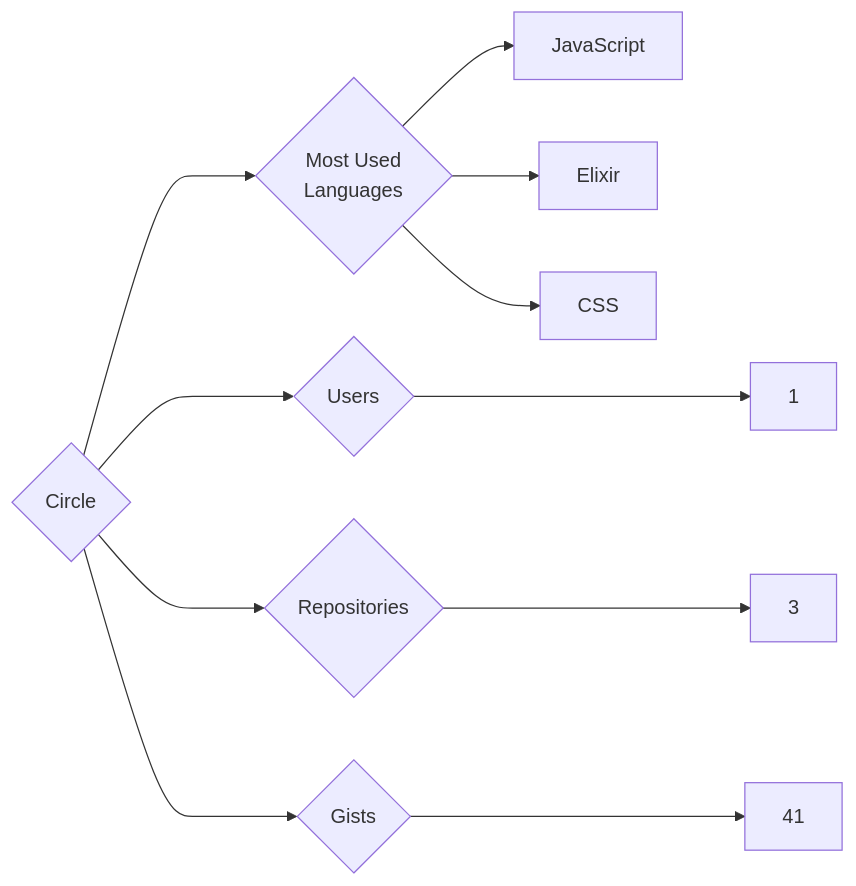
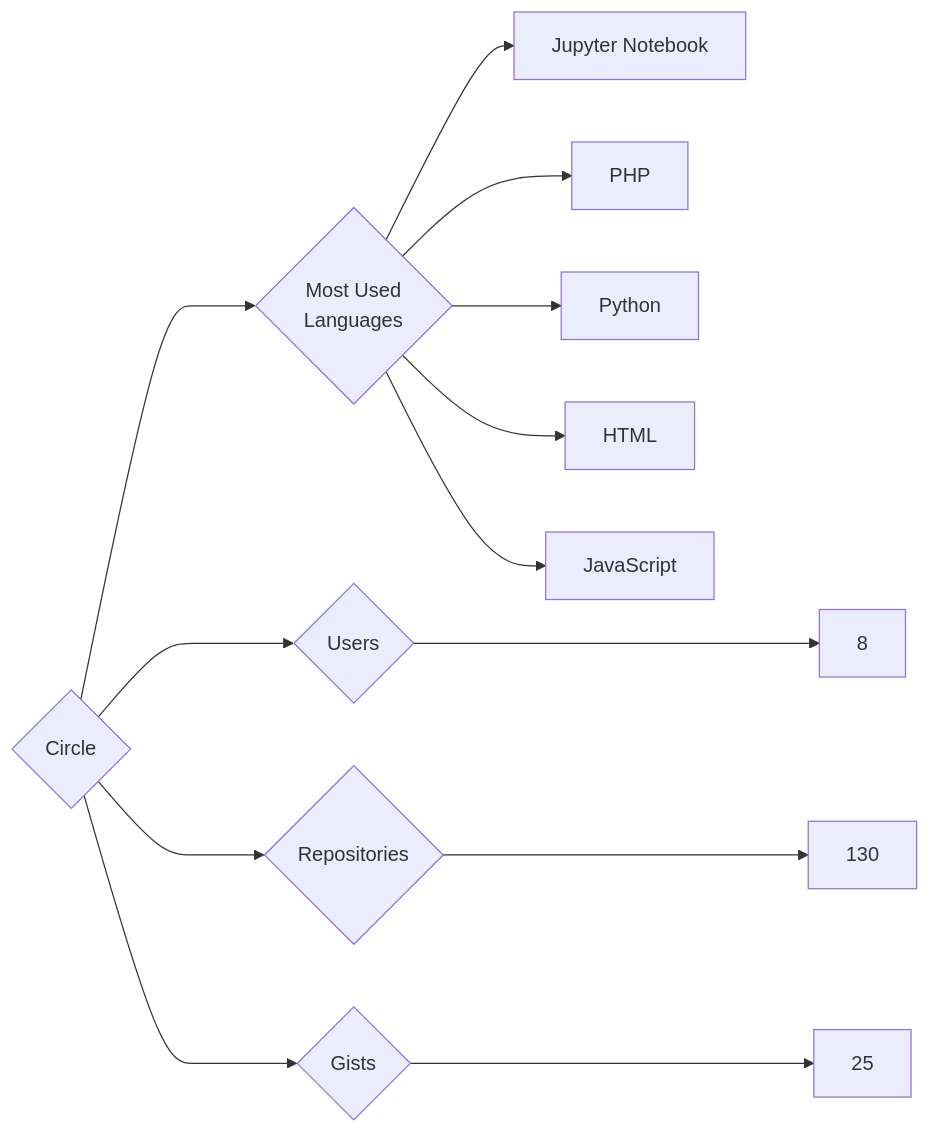
The diagram in targets/Circle/README.md (trickest/insiders), drawn with Mermaid before and after one commit. The commit also changed 736 other files, not shown here.

````diff
--- a/targets/Circle/README.md
+++ b/targets/Circle/README.md
@@ -3,11 +3,13 @@
 ```mermaid
 graph LR
 COMPANY_NAME{Circle}
-COMPANY_NAME ---> U{Users} ---> UN[1]
-COMPANY_NAME ---> R{Repositories} ---> RN[3]
-COMPANY_NAME ---> G{Gists} ---> GN[41]
+COMPANY_NAME ---> U{Users} ---> UN[8]
+COMPANY_NAME ---> R{Repositories} ---> RN[130]
+COMPANY_NAME ---> G{Gists} ---> GN[25]
 COMPANY_NAME ---> ML{Most Used<br>Languages}
+ML --> Jupyter_Notebook[Jupyter Notebook]
+ML --> PHP[PHP]
+ML --> Python[Python]
+ML --> HTML[HTML]
 ML --> JavaScript[JavaScript]
-ML --> Elixir[Elixir]
-ML --> CSS[CSS]
 ```
````
